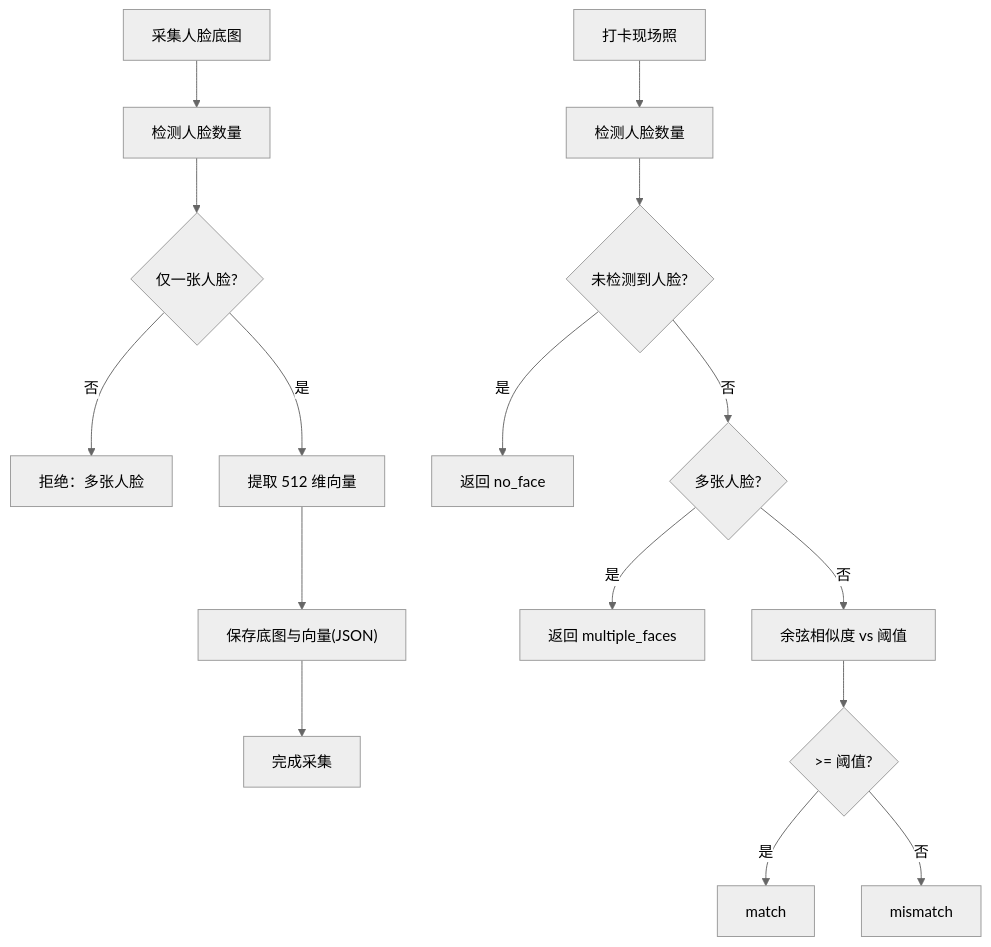
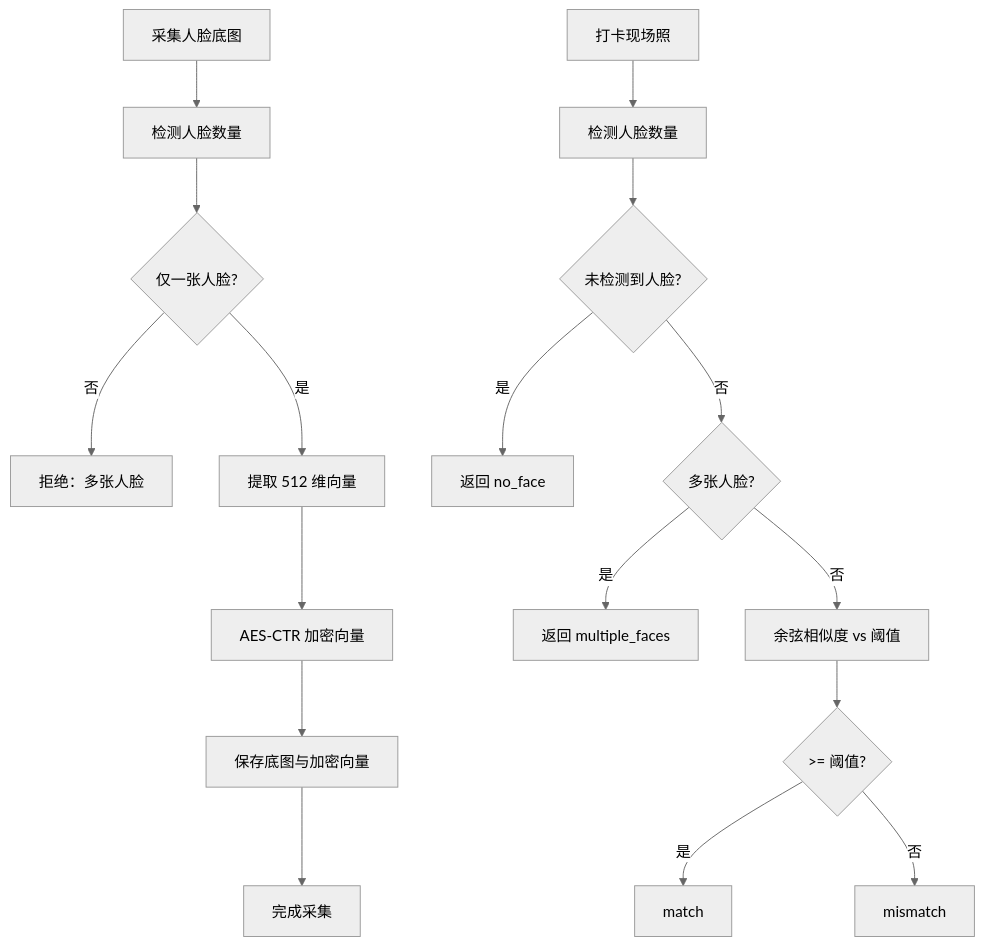
One commit to onebody/homework changed the fifth of 6 diagrams in .qoder/repowiki/zh/content/安全与认证机制/数据安全保护.md. Above: the diagram before and after it, drawn with Mermaid (neutral theme). The commit also changed other lines of this file and 14 other files, not shown here.

````diff
--- a/.qoder/repowiki/zh/content/安全与认证机制/数据安全保护.md
+++ b/.qoder/repowiki/zh/content/安全与认证机制/数据安全保护.md
@@ -283,18 +310,19 @@
 ```mermaid
 flowchart TD
 EnrollStart["采集人脸底图"] --> Detect["检测人脸数量"]
 Detect --> One{"仅一张人脸?"}
 One --> |否| RejectMulti["拒绝：多张人脸"]
 One --> |是| Embed["提取 512 维向量"]
-Embed --> Save["保存底图与向量(JSON)"]
+Embed --> Encrypt["AES-CTR 加密向量"]
+Encrypt --> Save["保存底图与加密向量"]
 Save --> EnrollEnd["完成采集"]
 VerifyStart["打卡现场照"] --> DetectV["检测人脸数量"]
 DetectV --> NoFace{"未检测到人脸?"}
 NoFace --> |是| FailNoFace["返回 no_face"]
 NoFace --> |否| Multi{"多张人脸?"}
 Multi --> |是| FailMulti["返回 multiple_faces"]
 Multi --> |否| Compare["余弦相似度 vs 阈值"]
 Compare --> Pass{">= 阈值?"}
 Pass --> |是| Match["match"]
 Pass --> |否| Mismatch["mismatch"]
 ```
````
